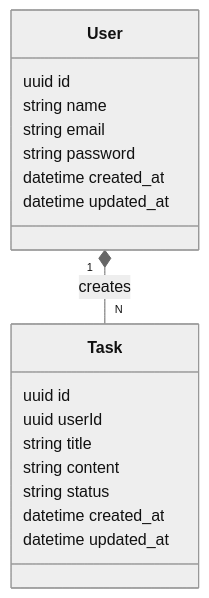
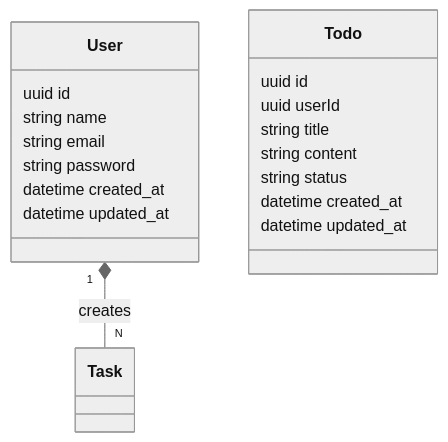
Before and after one commit to wesleybertipaglia/demo-dotnet-todo: the diagram in README.md, drawn with Mermaid (neutral theme).

Commit message:
style: update README
change Task to Todo

````diff
--- a/README.md
+++ b/README.md
@@ -17,23 +17,23 @@
 ```mermaid
 classDiagram
     class User {
         uuid id
         string name
         string email
         string password
         datetime created_at
         datetime updated_at
     }
     
-    class Task {
+    class Todo {
         uuid id
         uuid userId
         string title
         string content
         string status
         datetime created_at
         datetime updated_at
     }
 
     User "1" *-- "N" Task : creates
 ```
````
